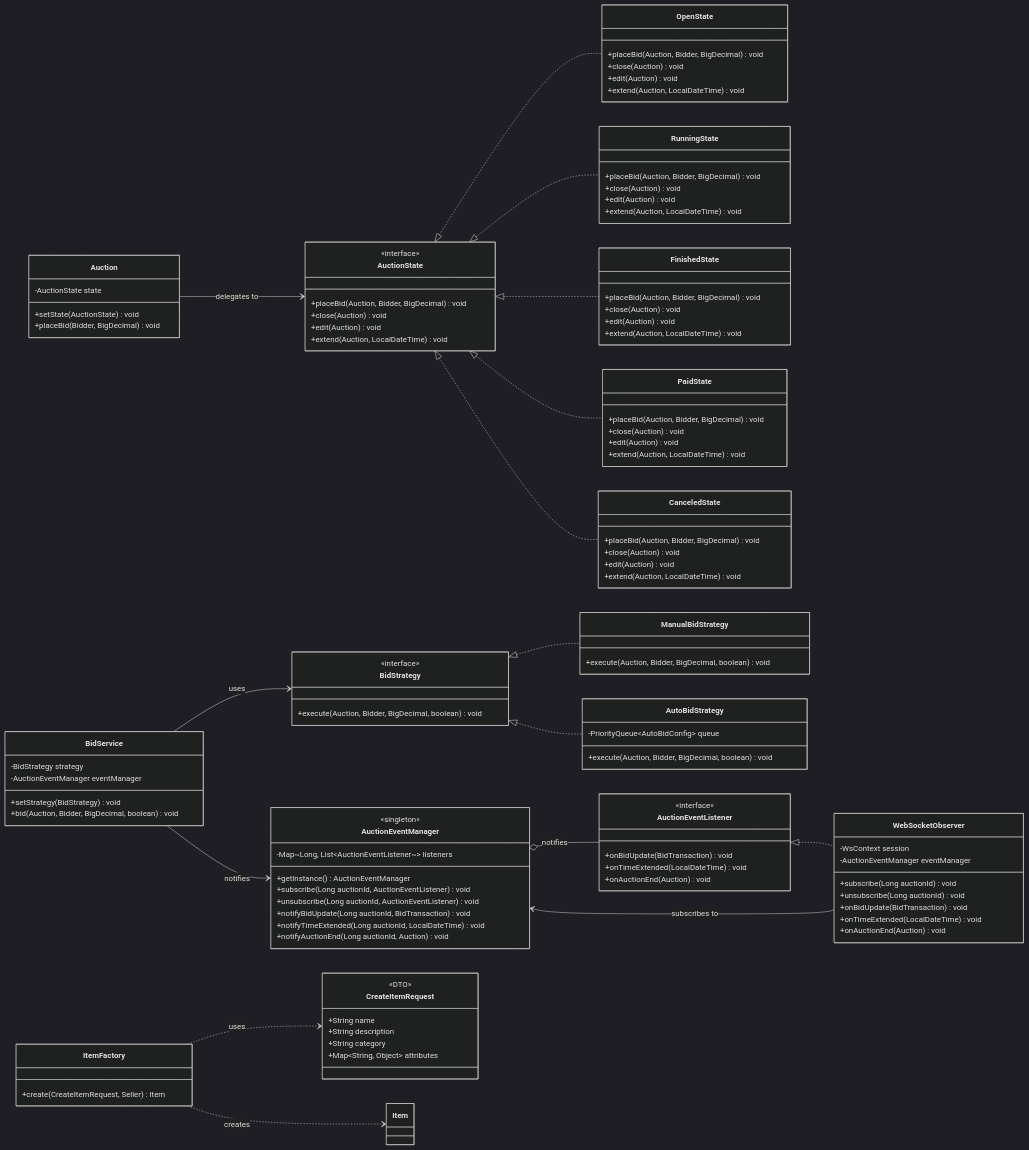
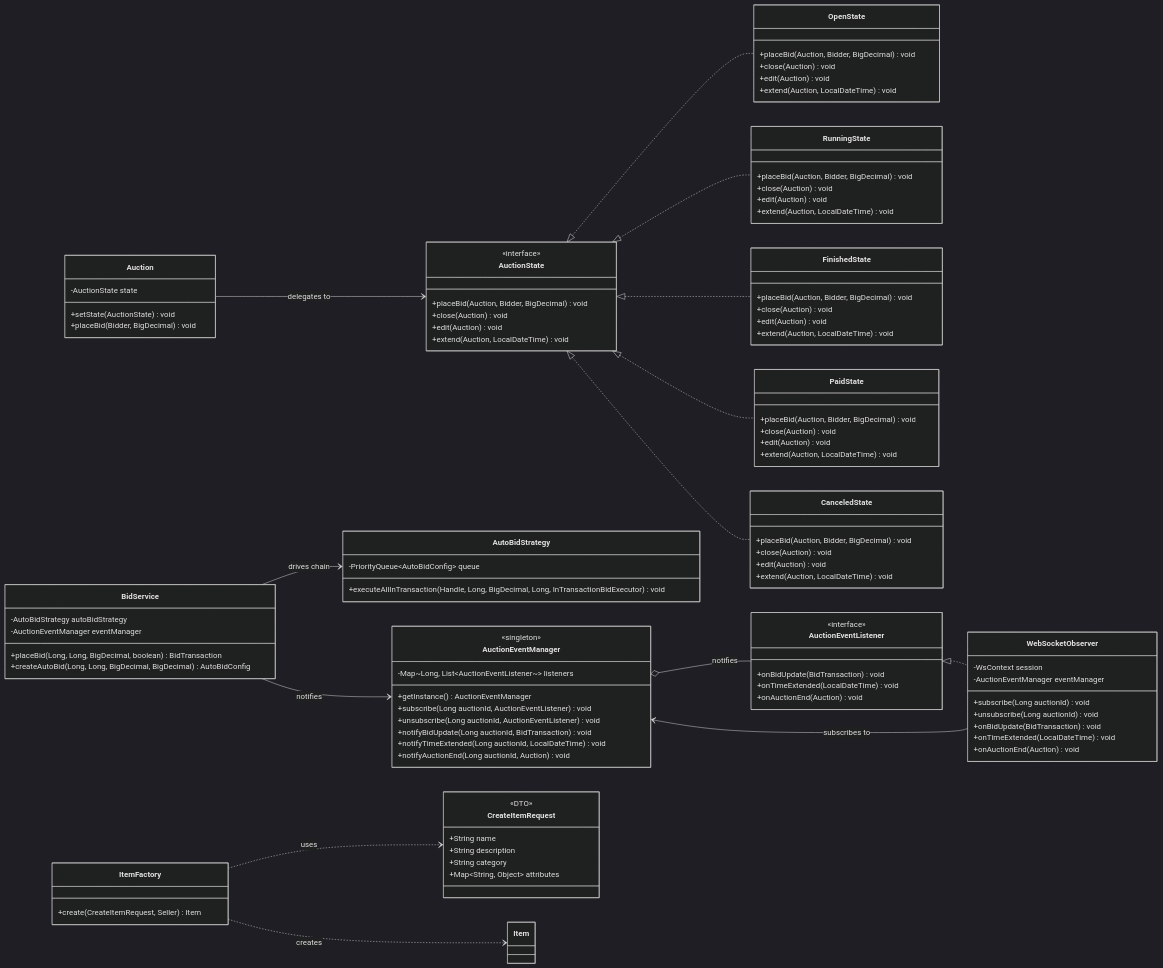
The third of 5 diagrams in README.md (kieran-labs/oop-course-project-uet), drawn with Mermaid (dark theme) before and after one commit. The commit also changed other lines of this file, not shown here.

```diff
--- a/README.md
+++ b/README.md
@@ -331,27 +331,18 @@
     AuctionState <|.. CanceledState
     Auction --> AuctionState : delegates to
 
-    class BidStrategy {
-        <<interface>>
-        +execute(Auction, Bidder, BigDecimal, boolean) void
-    }
-    class ManualBidStrategy {
-        +execute(Auction, Bidder, BigDecimal, boolean) void
-    }
     class AutoBidStrategy {
         -PriorityQueue~AutoBidConfig~ queue
-        +execute(Auction, Bidder, BigDecimal, boolean) void
+        +executeAllInTransaction(Handle, Long, BigDecimal, Long, InTransactionBidExecutor) void
     }
     class BidService {
-        -BidStrategy strategy
+        -AutoBidStrategy autoBidStrategy
         -AuctionEventManager eventManager
-        +setStrategy(BidStrategy) void
-        +bid(Auction, Bidder, BigDecimal, boolean) void
+        +placeBid(Long, Long, BigDecimal, boolean) BidTransaction
+        +createAutoBid(Long, Long, BigDecimal, BigDecimal) AutoBidConfig
     }
 
-    BidStrategy <|.. ManualBidStrategy
-    BidStrategy <|.. AutoBidStrategy
-    BidService --> BidStrategy : uses
+    BidService --> AutoBidStrategy : drives chain
     BidService --> AuctionEventManager : notifies
 
     class AuctionEventListener {
```
